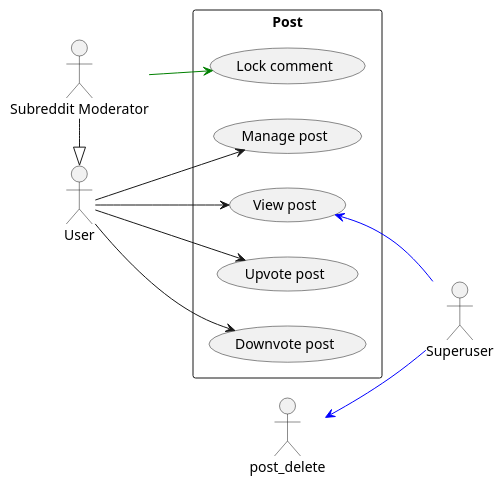
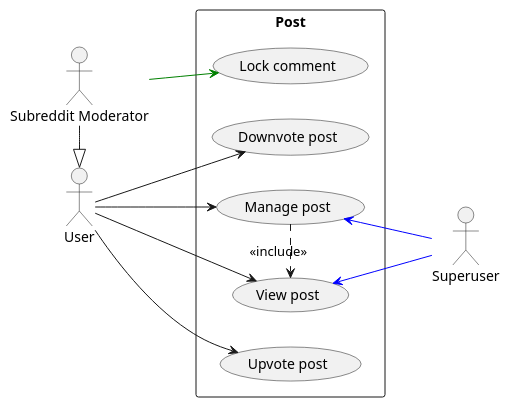
The diagram in use_case_post.puml (Huy-Ngo/reddit-design), drawn with PlantUML before and after one commit. The commit also changed 3 other files, not shown here.

Commit message:
Forget main diagram

```diff
--- a/use_case_post.puml
+++ b/use_case_post.puml
@@ -1,29 +1,31 @@
 @startuml
 skinparam packageStyle rectangle
 left to right direction
 actor "User" as user
 actor "Subreddit Moderator" as mod
 actor "Superuser" as su
 mod -|> user
 
 rectangle Post as post {
   usecase "Manage post" as post_manage
   usecase "View post" as post_read
 
   usecase "Upvote post" as post_up
   usecase "Downvote post" as post_down
   usecase "Lock comment" as post_lock
 }
 
 user --> post_manage
 user --> post_read
 
 user --> post_up
 user --> post_down
 
 mod -[#green]-> post_lock
 
 post_read   <-[#blue]- su
-post_delete <-[#blue]- su
+post_manage <-[#blue]- su
+
+post_manage .> post_read : <<include>>
 
 @enduml
```
